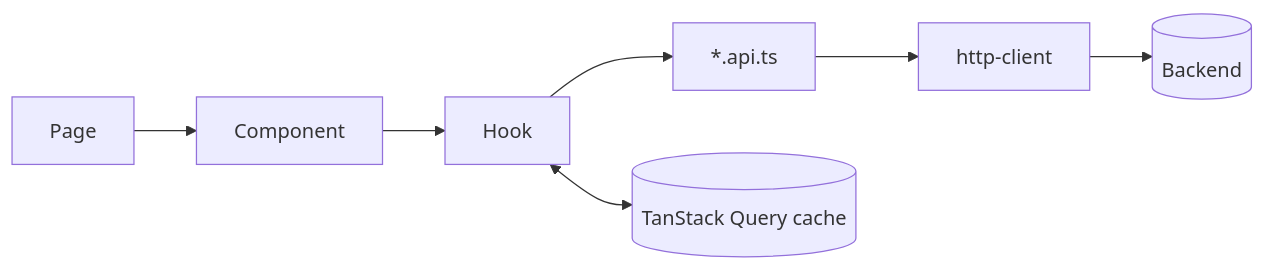
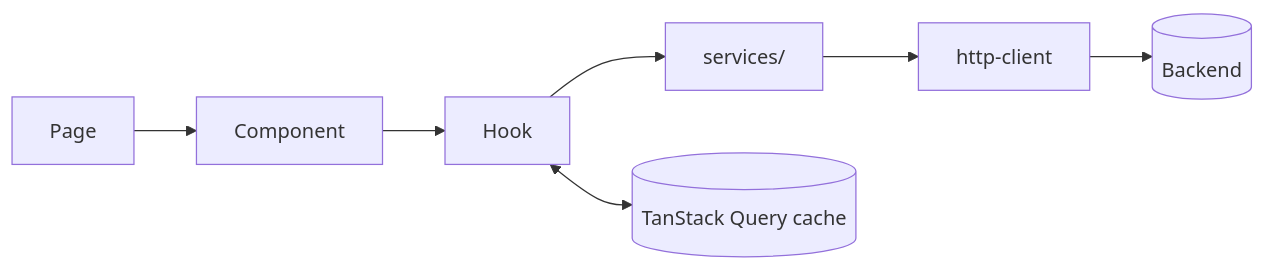
One commit to lnanh952005/order-beverage-fe changed the fifth of 12 diagrams in docs/fe-architecture.md. Above: the diagram before and after it, drawn with Mermaid. The commit also changed other lines of this file and 103 other files, not shown here.

````diff
--- a/docs/fe-architecture.md
+++ b/docs/fe-architecture.md
@@ -147,5 +147,5 @@
 ```mermaid
 flowchart LR
-    Page --> Component --> Hook --> Api[*.api.ts] --> HC[http-client] --> BE[(Backend)]
+    Page --> Component --> Hook --> Services[services/] --> HC[http-client] --> BE[(Backend)]
     Hook <--> QC[(TanStack Query cache)]
 ```
````
